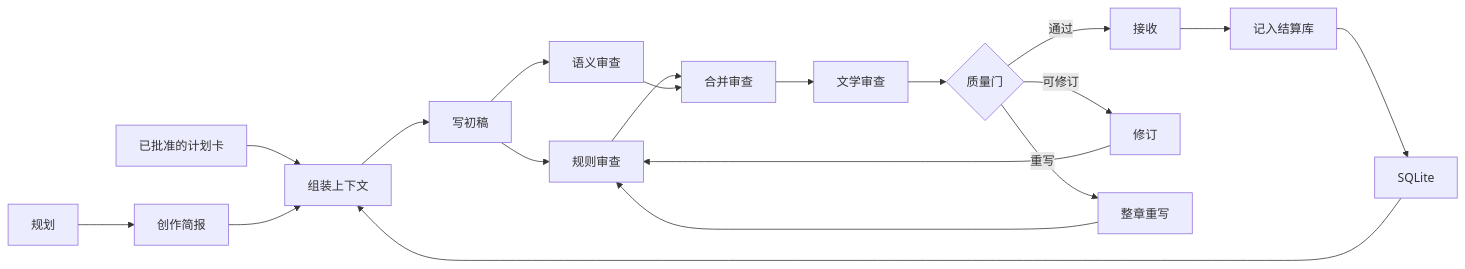
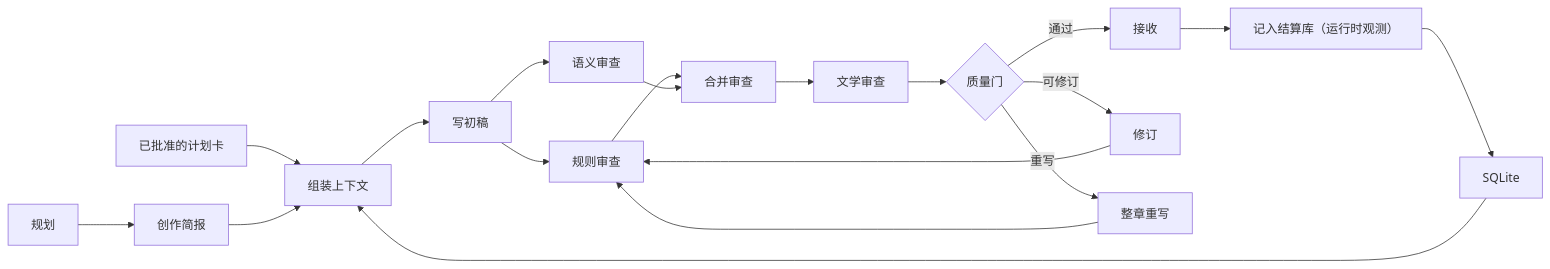
One commit to Bingtuu/Songyan changed the second of 2 diagrams in README.md. Above: the diagram before and after it, drawn with Mermaid. The commit also changed other lines of this file and 58 other files, not shown here.

````diff
--- a/README.md
+++ b/README.md
@@ -58,21 +62,21 @@
 ```mermaid
 flowchart LR
     Plan["规划"] --> Brief["创作简报"]
     Cards["已批准的计划卡"] --> Context["组装上下文"]
     Brief --> Context
     Context --> Draft["写初稿"]
     Draft --> Rule["规则审查"]
     Draft --> Semantic["语义审查"]
     Rule --> Merge["合并审查"]
     Semantic --> Merge
     Merge --> Literary["文学审查"]
     Literary --> Gate{"质量门"}
     Gate -->|通过| Accept["接收"]
     Gate -->|可修订| Revise["修订"]
     Gate -->|重写| Rewrite["整章重写"]
     Revise --> Rule
     Rewrite --> Rule
-    Accept --> Extract["记入结算库"]
+    Accept --> Extract["记入结算库（运行时观测）"]
     Extract --> DB["SQLite"]
     DB --> Context
 ```
````
